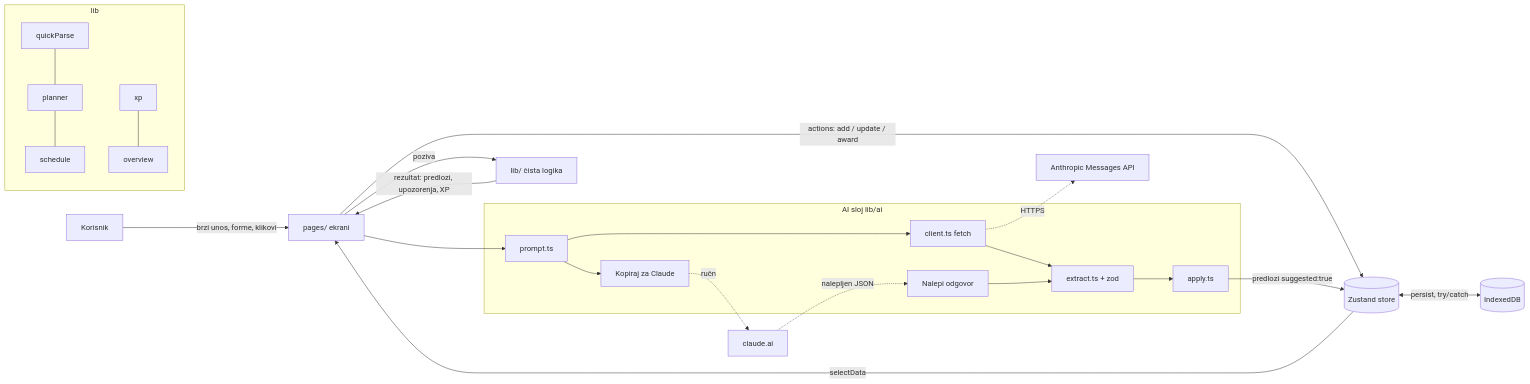
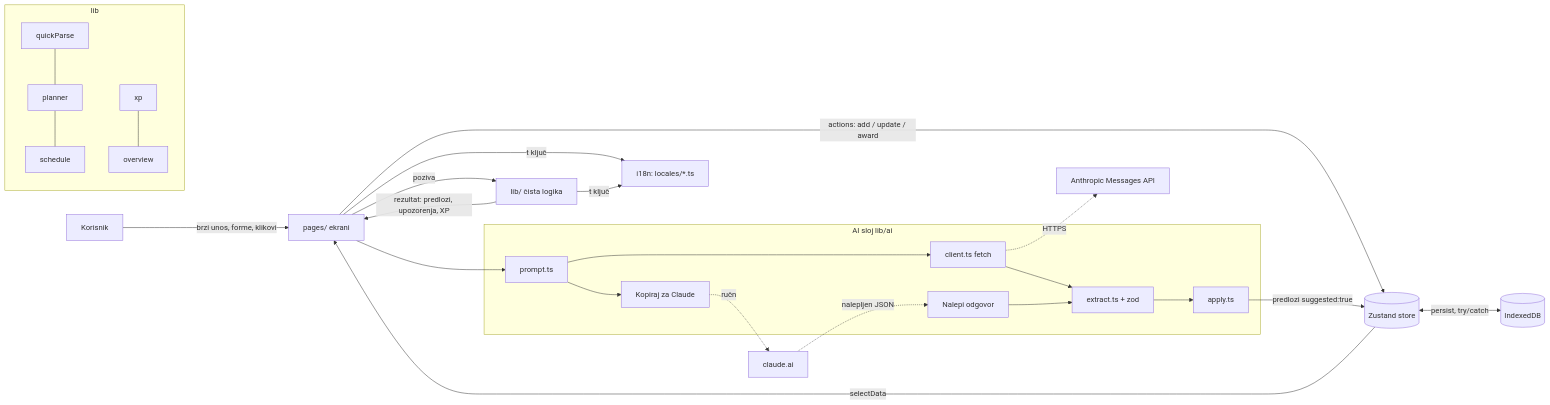
The diagram in docs/ARHITEKTURA.md (vukasin-knezevic/my-day-ai), drawn with Mermaid before and after one commit. The commit also changed other lines of this file and 6 other files, not shown here.

Commit message:
docs: README as a general product (live demo, languages, how to add a language), architecture, new screenshots

````diff
--- a/docs/ARHITEKTURA.md
+++ b/docs/ARHITEKTURA.md
@@ -7,29 +7,31 @@
 ```mermaid
 flowchart LR
     U[Korisnik] -->|brzi unos, forme, klikovi| P[pages/ ekrani]
     P -->|actions: add / update / award| S[(Zustand store)]
     S <-->|persist, try/catch| IDB[(IndexedDB)]
     S -->|selectData| P
     P -->|poziva| L[lib/ čista logika]
     L -->|rezultat: predlozi, upozorenja, XP| P
+    P -->|t ključ| I[i18n: locales/*.ts]
+    L -->|t ključ| I
 
     subgraph lib
       QP[quickParse] --- PL[planner]
       PL --- SC[schedule]
       XP[xp] --- OV[overview]
     end
 
     subgraph AI sloj lib/ai
       PR[prompt.ts] --> API[client.ts fetch]
       PR --> MAN[Kopiraj za Claude]
       API --> EX[extract.ts + zod]
       PASTE[Nalepi odgovor] --> EX
       EX --> AP[apply.ts]
     end
 
     P --> PR
     AP -->|predlozi suggested:true| S
     API -.HTTPS.-> ANT[Anthropic Messages API]
     MAN -.ručno.-> CL[claude.ai]
     CL -.nalepljen JSON.-> PASTE
 ```
````
